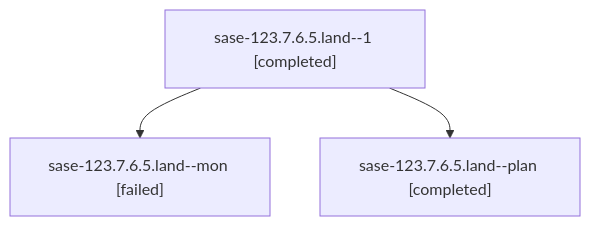
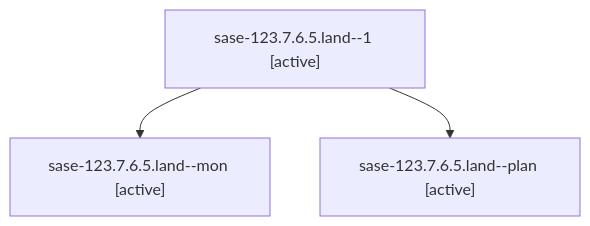
The diagram in families/bbugyi200.athena.sase-123.7.6.5.land.md (sase-org/sase--agents), drawn with Mermaid before and after one commit. The commit also changed other lines of this file and 35830 other files, not shown here.

````diff
--- a/families/bbugyi200.athena.sase-123.7.6.5.land.md
+++ b/families/bbugyi200.athena.sase-123.7.6.5.land.md
@@ -9,8 +9,8 @@
 ```mermaid
 flowchart TD
-  n0["sase-123.7.6.5.land--1 [completed]"]
-  n1["sase-123.7.6.5.land--mon [failed]"]
+  n0["sase-123.7.6.5.land--1 [active]"]
+  n1["sase-123.7.6.5.land--mon [active]"]
   n0 --> n1
-  n2["sase-123.7.6.5.land--plan [completed]"]
+  n2["sase-123.7.6.5.land--plan [active]"]
   n0 --> n2
 ```
````
